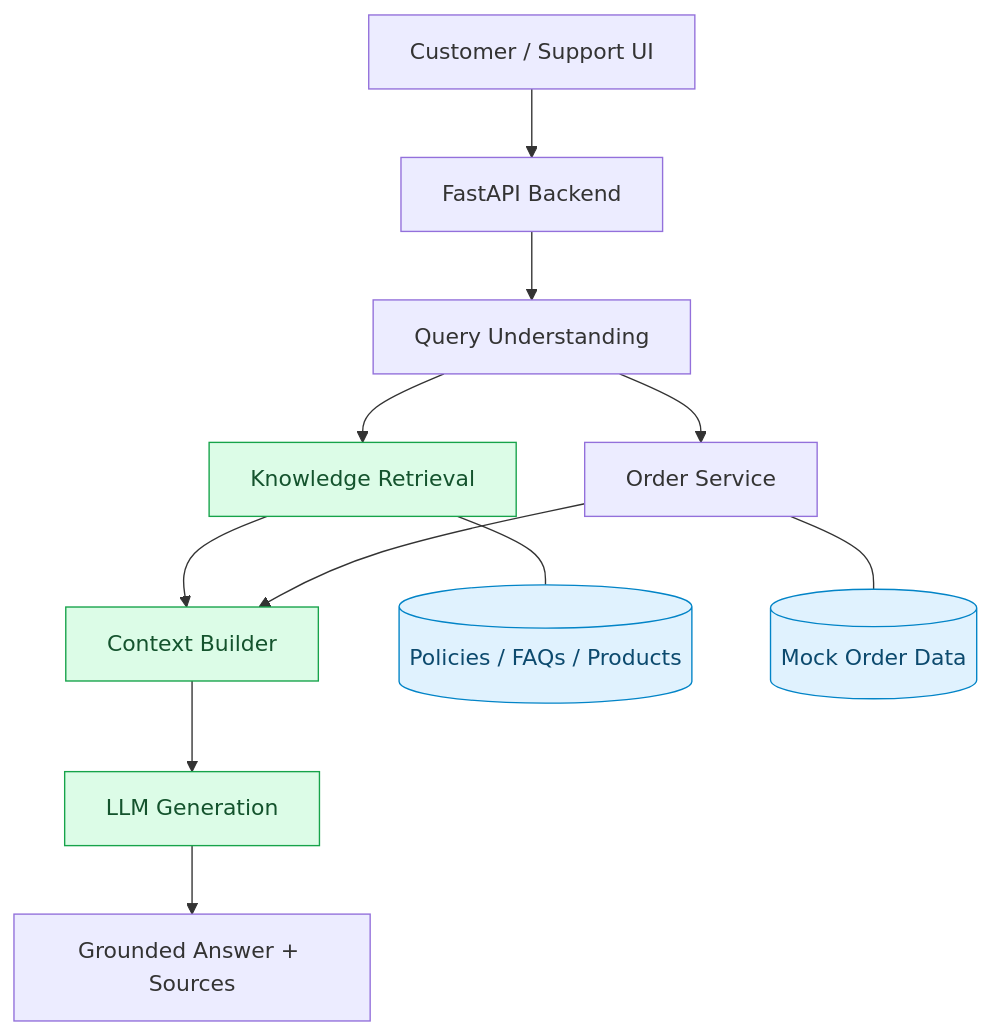
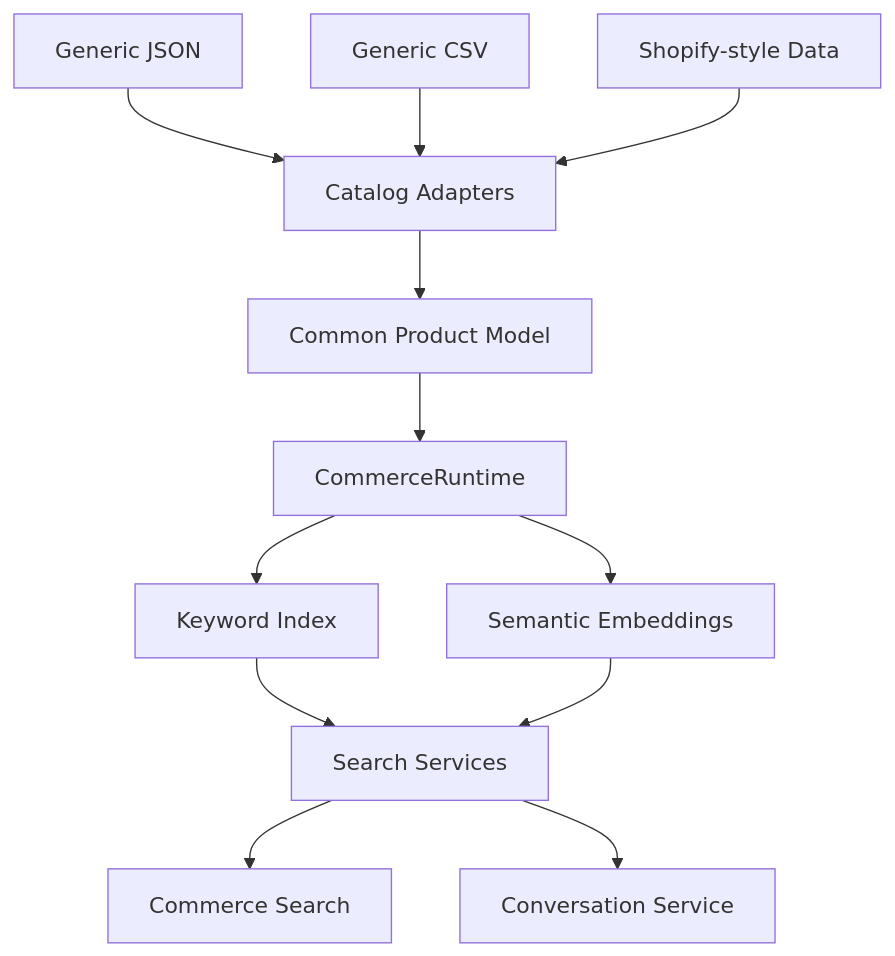
Before and after one commit to MausamThakrar/ai-commerce-support-assistant: the second of 4 diagrams in README.md, drawn with Mermaid. The commit also changed other lines of this file, not shown here.

````diff
--- a/README.md
+++ b/README.md
@@ -16,19 +188,22 @@
 ```mermaid
-flowchart TD
-    A["Customer / Support UI"] --> B["FastAPI Backend"]
-    B --> C["Query Understanding"]
-    C --> D["Knowledge Retrieval"]
-    C --> E["Order Service"]
-    D --> F["Context Builder"]
-    E --> F
-    F --> G["LLM Generation"]
-    G --> H["Grounded Answer + Sources"]
+flowchart TB
+    A[Generic JSON]
+    B[Generic CSV]
+    C[Shopify-style Data]
 
-    D --- I[("Policies / FAQs / Products")]
-    E --- J[("Mock Order Data")]
+    A --> D[Catalog Adapters]
+    B --> D
+    C --> D
 
-    classDef data fill:#e0f2fe,stroke:#0284c7,color:#0c4a6e
-    classDef ai fill:#dcfce7,stroke:#16a34a,color:#14532d
-    class I,J data
-    class D,F,G ai
+    D --> E[Common Product Model]
+    E --> F[CommerceRuntime]
+
+    F --> G[Keyword Index]
+    F --> H[Semantic Embeddings]
+
+    G --> I[Search Services]
+    H --> I
+
+    I --> J[Commerce Search]
+    I --> K[Conversation Service]
 ```
````
